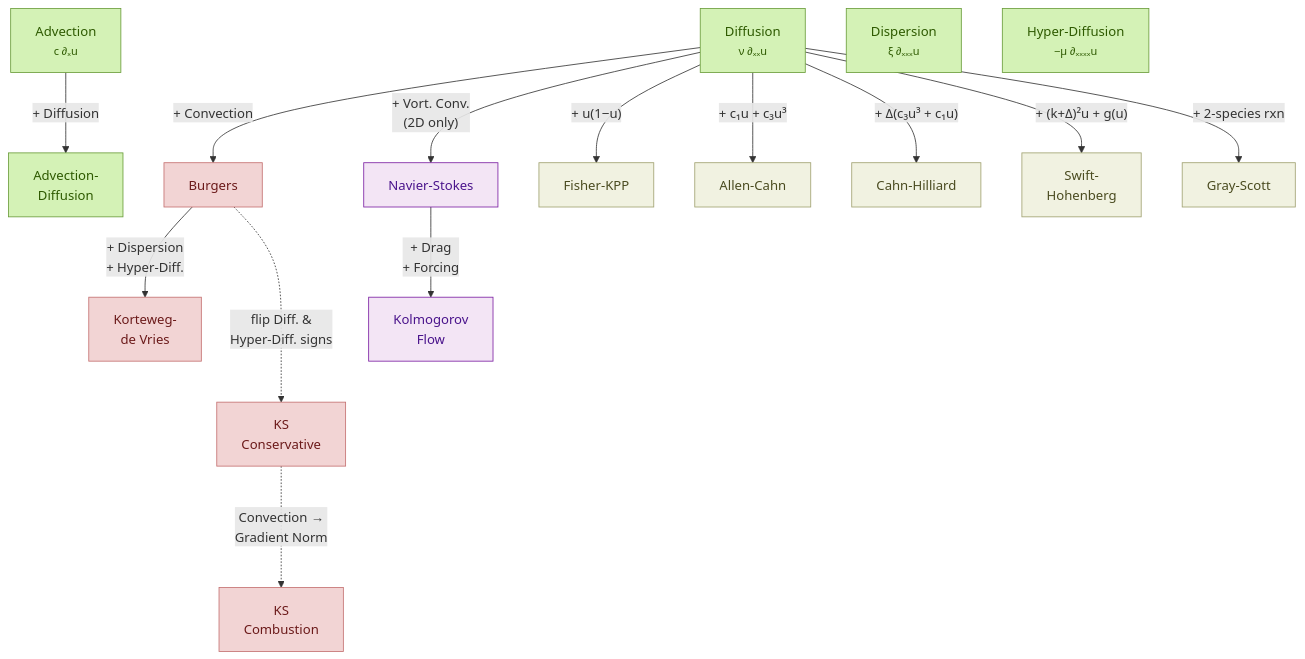
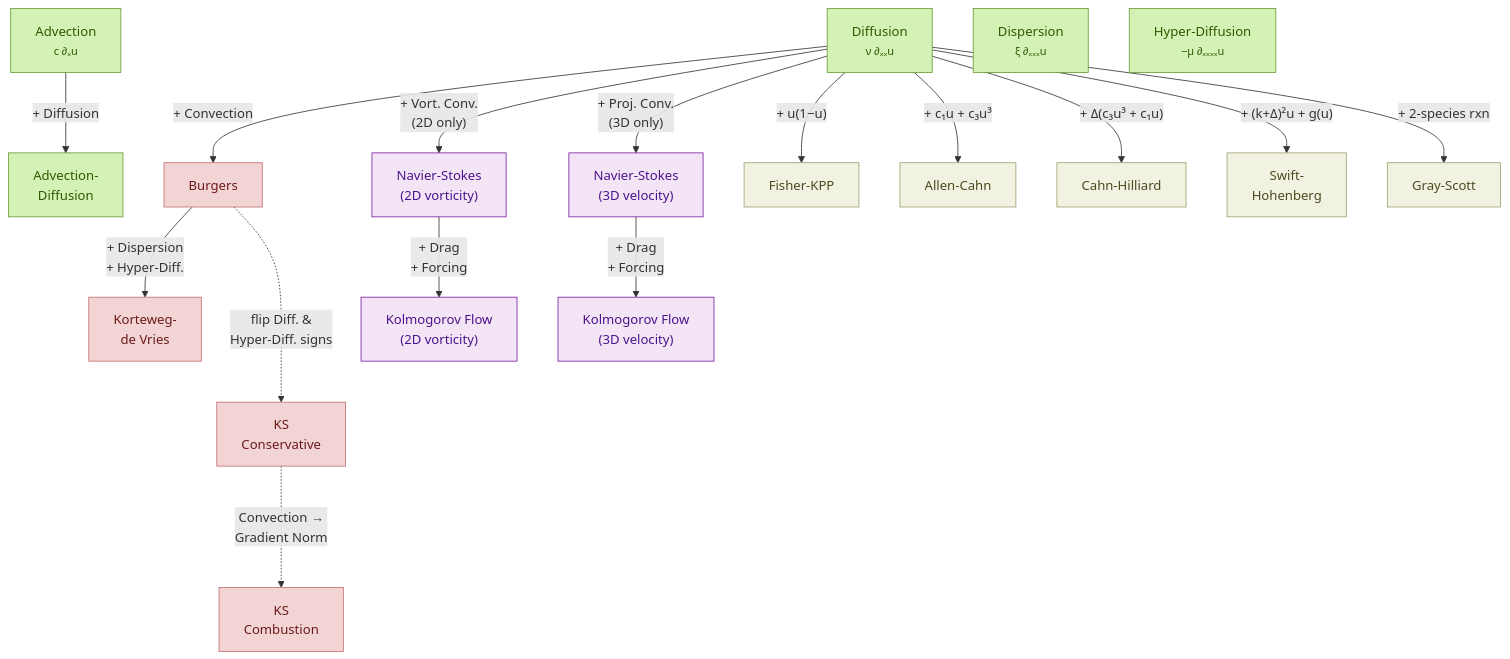
One commit to Ceyron/exponax changed the first of 2 diagrams in docs/api/stepper/overview.md. Above: the diagram before and after it, drawn with Mermaid. The commit also changed other lines of this file and 12 other files, not shown here.

First line of the commit message:
Add Navier Stokes steppers for 3D (#75)

````diff
--- a/docs/api/stepper/overview.md
+++ b/docs/api/stepper/overview.md
@@ -38,36 +38,39 @@
 ```mermaid
 graph TD
     Adv["Advection<br/><small>c ∂ₓu</small>"]
     Diff["Diffusion<br/><small>ν ∂ₓₓu</small>"]
     Disp["Dispersion<br/><small>ξ ∂ₓₓₓu</small>"]
     Hyp["Hyper-Diffusion<br/><small>−μ ∂ₓₓₓₓu</small>"]
 
     Adv -->|"+ Diffusion"| AD["Advection-<br/>Diffusion"]
 
     Diff -->|"+ Convection"| B["Burgers"]
     B -->|"+ Dispersion<br/>+ Hyper-Diff."| KdV["Korteweg-<br/>de Vries"]
 
     KSC["KS<br/>Conservative"]
     KS["KS<br/>Combustion"]
     B -..->|"flip Diff. &<br/>Hyper-Diff. signs"| KSC
     KSC -..->|"Convection →<br/>Gradient Norm"| KS
 
-    Diff -->|"+ Vort. Conv.<br/>(2D only)"| NS["Navier-Stokes"]
-    NS -->|"+ Drag<br/>+ Forcing"| KF["Kolmogorov<br/>Flow"]
+    Diff -->|"+ Vort. Conv.<br/>(2D only)"| NS2["Navier-Stokes<br/>(2D vorticity)"]
+    NS2 -->|"+ Drag<br/>+ Forcing"| KF2["Kolmogorov Flow<br/>(2D vorticity)"]
+
+    Diff -->|"+ Proj. Conv.<br/>(3D only)"| NS3["Navier-Stokes<br/>(3D velocity)"]
+    NS3 -->|"+ Drag<br/>+ Forcing"| KF3["Kolmogorov Flow<br/>(3D velocity)"]
 
     Diff -->|"+ u(1−u)"| Fisher["Fisher-KPP"]
     Diff -->|"+ c₁u + c₃u³"| AC["Allen-Cahn"]
     Diff -->|"+ Δ(c₃u³ + c₁u)"| CH["Cahn-Hilliard"]
     Diff -->|"+ (k+Δ)²u + g(u)"| SH["Swift-<br/>Hohenberg"]
     Diff -->|"+ 2-species rxn"| GS["Gray-Scott"]
 
     classDef linear fill:#D4F2B6,stroke:#6a9c3a,color:#2e5a00
     classDef nonlinear fill:#F2D4D4,stroke:#c47070,color:#6b1a1a
     classDef reaction fill:#F1F2E1,stroke:#a0a170,color:#4a4b20
     classDef vorticity fill:#f3e5f5,stroke:#7b1fa2,color:#4a148c
 
     class Adv,Diff,Disp,Hyp,AD linear
     class B,KdV,KSC,KS nonlinear
-    class NS,KF vorticity
+    class NS2,KF2,NS3,KF3 vorticity
     class Fisher,AC,CH,SH,GS reaction
 ```
````
